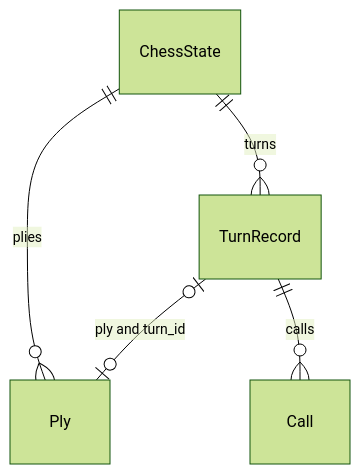
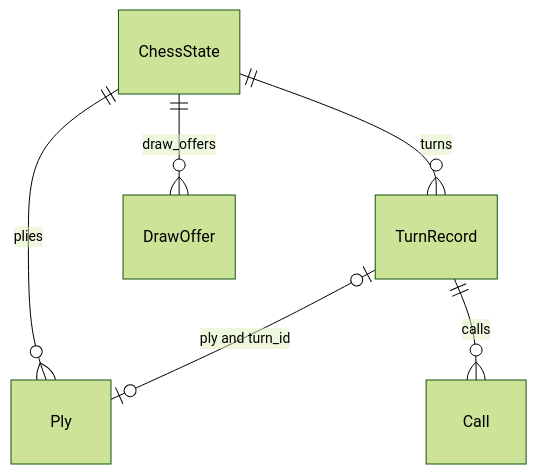
Before and after one commit to darieldatoon/langchain-chess: the first of 3 diagrams in openwiki/concepts/state-record.md, drawn with Mermaid (forest theme). The commit also changed other lines of this file and 48 other files, not shown here.

````diff
--- a/openwiki/concepts/state-record.md
+++ b/openwiki/concepts/state-record.md
@@ -115,7 +128,8 @@
 ```mermaid
 erDiagram
     ChessState ||--o{ Ply : plies
     ChessState ||--o{ TurnRecord : turns
+    ChessState ||--o{ DrawOffer : draw_offers
     TurnRecord ||--o{ Call : calls
     TurnRecord |o--o| Ply : "ply and turn_id"
 ```
````
